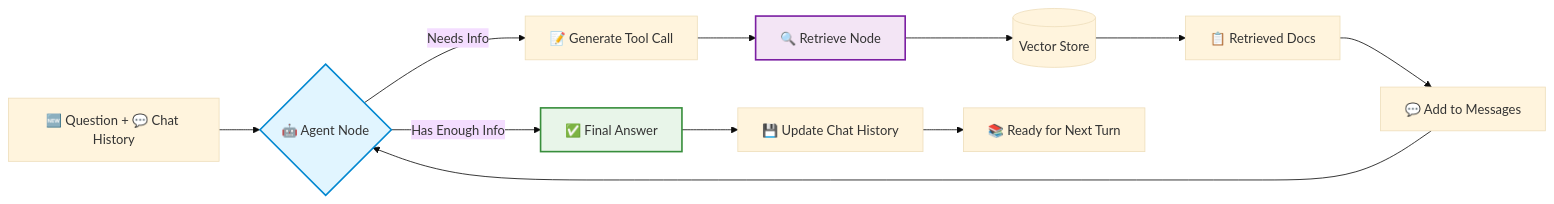
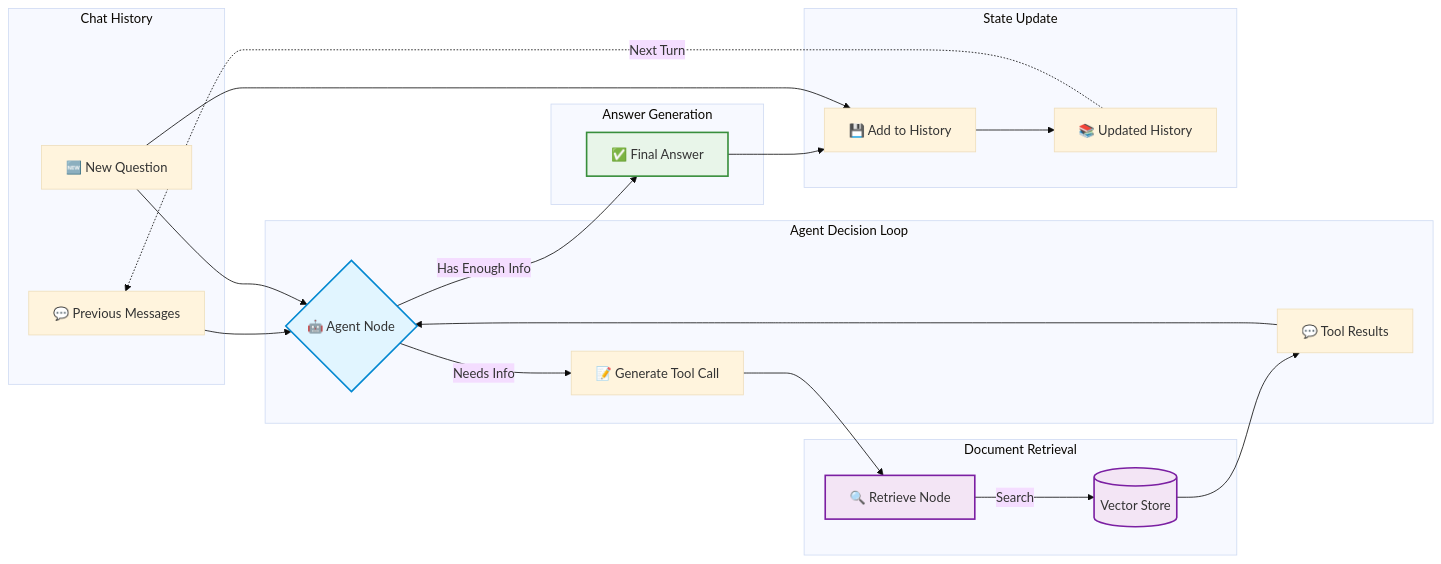
The second of 2 diagrams in 2-chat-history/README.md (roypr-ma/rag-demo), drawn with Mermaid (base theme) before and after one commit. The commit also changed other lines of this file, not shown here.

````diff
--- a/2-chat-history/README.md
+++ b/2-chat-history/README.md
@@ -141,20 +141,37 @@
 ```mermaid
 graph LR
-    START[🆕 Question + 💬 Chat History] --> AGENT{🤖 Agent Node}
+    subgraph "Chat History"
+        A[💬 Previous Messages]
+        B[🆕 New Question]
+    end
     
-    AGENT -->|Needs Info| TOOL[📝 Generate Tool Call]
-    TOOL --> RETRIEVE[🔍 Retrieve Node]
-    RETRIEVE --> VECTOR[(Vector Store)]
-    VECTOR --> DOCS[📋 Retrieved Docs]
-    DOCS --> MESSAGES[💬 Add to Messages]
-    MESSAGES --> AGENT
+    subgraph "Agent Decision Loop"
+        A --> C{🤖 Agent Node}
+        B --> C
+        C -->|Needs Info| D[📝 Generate Tool Call]
+        F[💬 Tool Results] --> C
+    end
     
-    AGENT -->|Has Enough Info| ANSWER[✅ Final Answer]
+    subgraph "Document Retrieval"
+        D --> E[🔍 Retrieve Node]
+        E -->|Search| G[(Vector Store)]
+        G --> F
+    end
     
-    ANSWER --> UPDATE[💾 Update Chat History]
-    UPDATE --> READY[📚 Ready for Next Turn]
+    subgraph "Answer Generation"
+        C -->|Has Enough Info| H[✅ Final Answer]
+    end
     
-    style AGENT fill:#e1f5ff,stroke:#0288d1,stroke-width:2px
-    style RETRIEVE fill:#f3e5f5,stroke:#7b1fa2,stroke-width:2px
-    style ANSWER fill:#e8f5e9,stroke:#388e3c,stroke-width:2px
+    subgraph "State Update"
+        H --> I[💾 Add to History]
+        B --> I
+        I --> J[📚 Updated History]
+    end
+    
+    J -.->|Next Turn| A
+    
+    style C fill:#e1f5ff,stroke:#0288d1,stroke-width:2px
+    style E fill:#f3e5f5,stroke:#7b1fa2,stroke-width:2px
+    style G fill:#f3e5f5,stroke:#7b1fa2,stroke-width:2px
+    style H fill:#e8f5e9,stroke:#388e3c,stroke-width:2px
 ```
````
